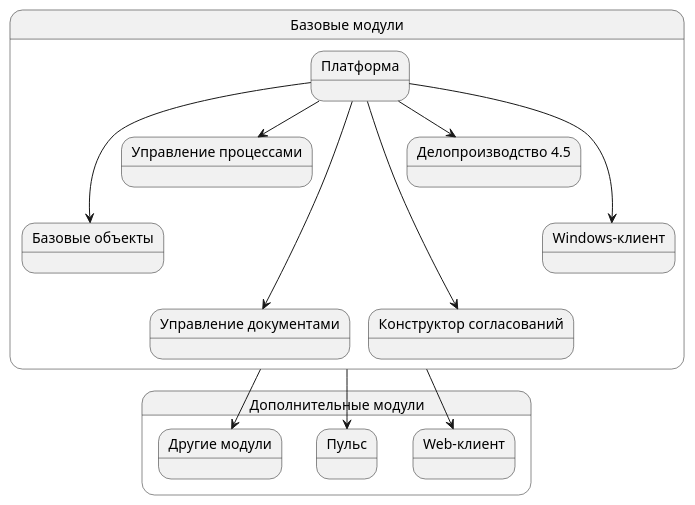
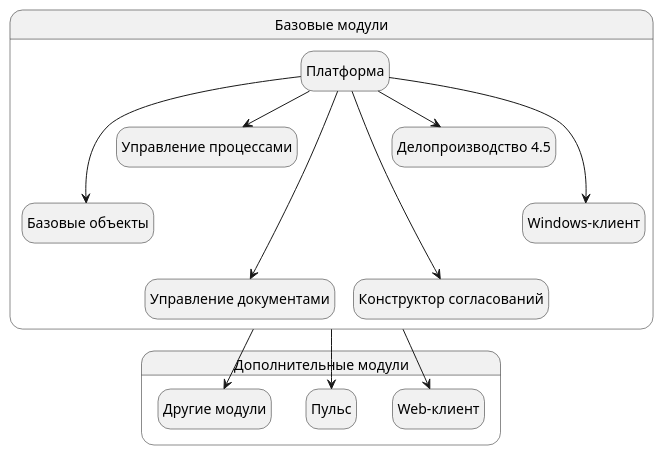
Before and after one commit to Docsvision/antora-install-guide: the diagram in modules/ROOT/pages/systemDescription.adoc, drawn with PlantUML.

Commit message:
hide empty description

```diff
--- a/modules/ROOT/pages/systemDescription.adoc
+++ b/modules/ROOT/pages/systemDescription.adoc
@@ -29,40 +29,41 @@
 [plantuml, svg]
 ....
 @startuml
+hide empty description
 '!pragma layout elk
 skinparam rectangleBorderThickness 1
 skinparam defaultTextAlignment center
 skinparam lifelineStrategy solid
 skinparam monochrome true
 
 State "Базовые модули" as base {
 
 State "Платформа" as platform
 State "Базовые объекты" as baseobjects
 State "Управление процессами" as workflow
 State "Управление документами" as documentmanagement
 State "Конструктор согласований" as approvaldesigner
 State "Делопроизводство 4.5" as takeoffice
 State "Windows-клиент" as windowsclient
 }
 
 platform ---> baseobjects
 platform --> workflow
 platform --> takeoffice
 platform ---> windowsclient
 platform ----> documentmanagement
 platform ----> approvaldesigner
 
 State "Дополнительные модули" as additional {
 
 State "Web-клиент" as webclient
 State "Пульс" as pulse
 State "Другие модули" as other
 }
 
 base --> webclient
 base --> pulse
 base --> other
 
 @enduml
 ....
```
